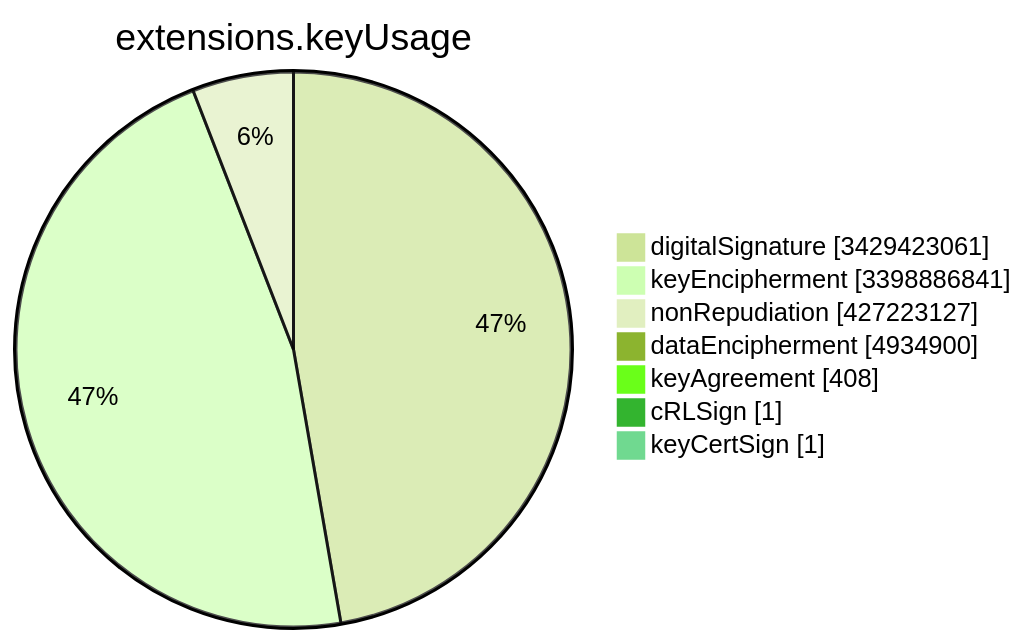
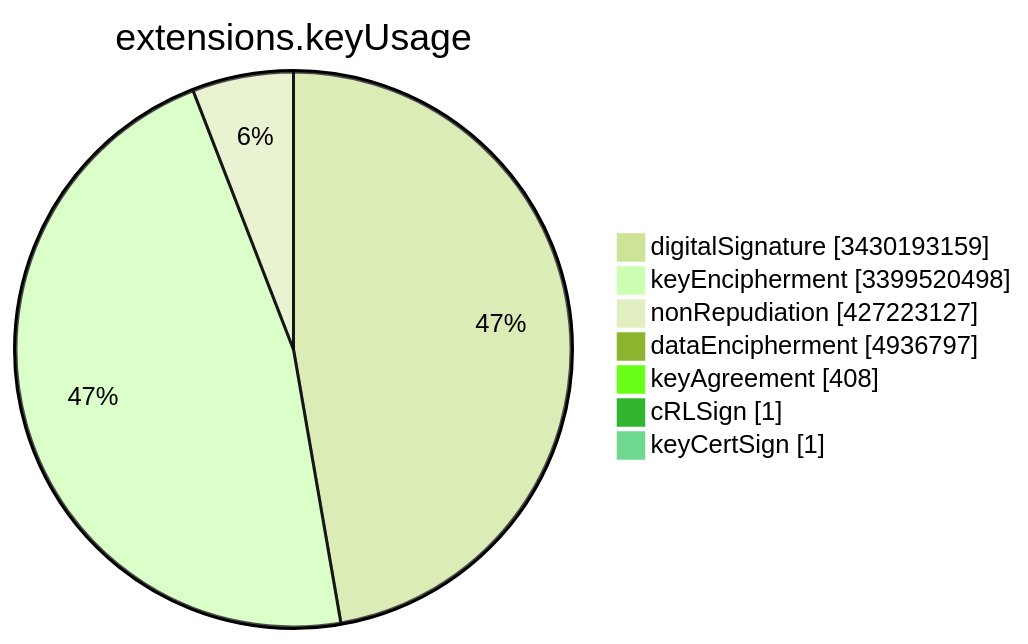
The sixth of 15 diagrams in TOTAL/README.md (christiankrug/ctmonitor_visualization), drawn with Mermaid (forest theme) before and after one commit. The commit also changed other lines of this file, not shown here.

````diff
--- a/TOTAL/README.md
+++ b/TOTAL/README.md
@@ -3081,11 +3081,11 @@
 ```mermaid
 pie showData
 title extensions.keyUsage
-"digitalSignature" :3429423061
-"keyEncipherment" :3398886841
+"digitalSignature" :3430193159
+"keyEncipherment" :3399520498
 "nonRepudiation" :427223127
-"dataEncipherment" :4934900
+"dataEncipherment" :4936797
 "keyAgreement" :408
 "cRLSign" :1
 "keyCertSign" :1
 ```
````
